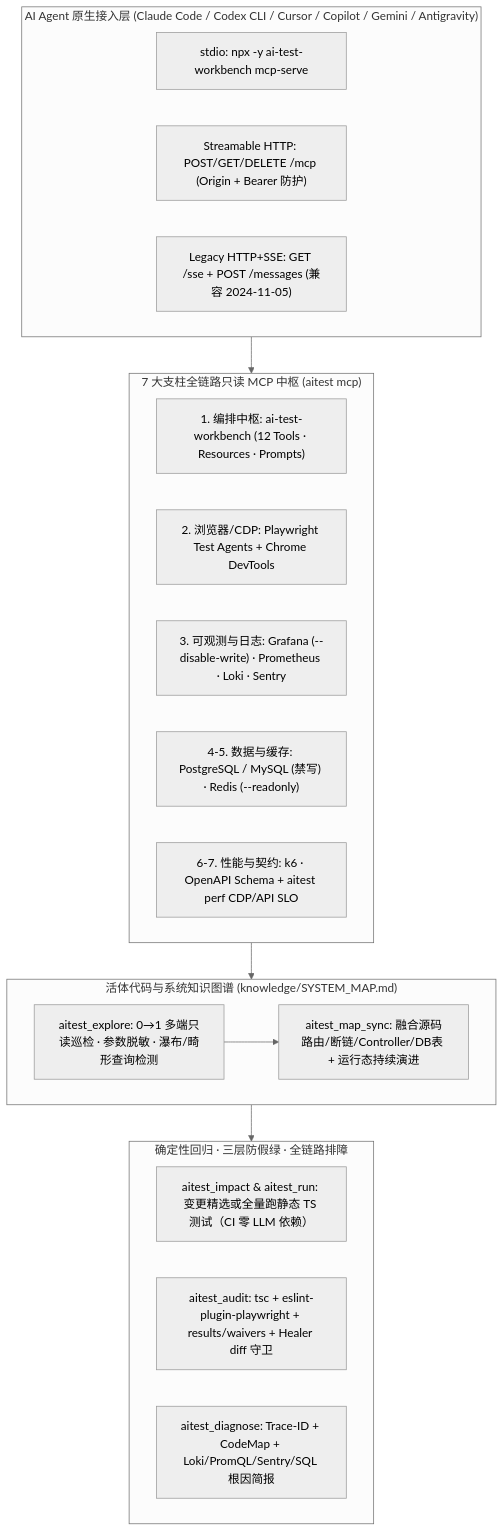
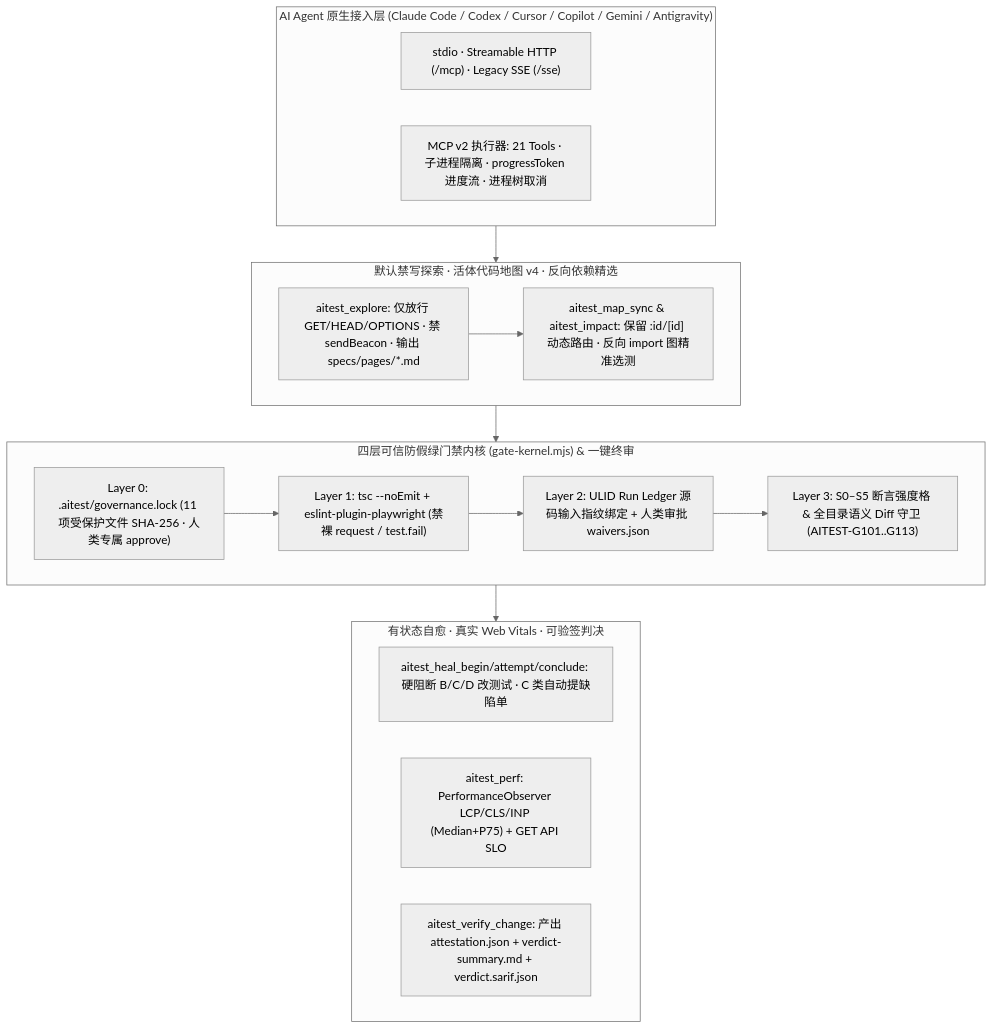
One commit to seaworld008/ai-test-workbench changed the diagram in README.md. Above: the diagram before and after it, drawn with Mermaid (neutral theme). The commit also changed other lines of this file and 90 other files, not shown here.

Commit message:
feat(v5): Trustworthy Verification Kernel, 4-Layer AST Gate, MCP v2 Jobs & Agent-Native Governance (v5.0.0)

````diff
--- a/README.md
+++ b/README.md
@@ -36,30 +44,29 @@
 ```mermaid
 flowchart TB
-    subgraph AGENT["AI Agent 原生接入层 (Claude Code / Codex CLI / Cursor / Copilot / Gemini / Antigravity)"]
-        A1["stdio: npx -y ai-test-workbench mcp-serve"]
-        A2["Streamable HTTP: POST/GET/DELETE /mcp (Origin + Bearer 防护)"]
-        A3["Legacy HTTP+SSE: GET /sse + POST /messages (兼容 2024-11-05)"]
+    subgraph AGENT["AI Agent 原生接入层 (Claude Code / Codex / Cursor / Copilot / Gemini / Antigravity)"]
+        A1["stdio · Streamable HTTP (/mcp) · Legacy SSE (/sse)"]
+        A2["MCP v2 执行器: 21 Tools · 子进程隔离 · progressToken 进度流 · 进程树取消"]
     end
 
-    subgraph HUB["7 大支柱全链路只读 MCP 中枢 (aitest mcp)"]
-        M0["1. 编排中枢: ai-test-workbench (12 Tools · Resources · Prompts)"]
-        M1["2. 浏览器/CDP: Playwright Test Agents + Chrome DevTools"]
-        M2["3. 可观测与日志: Grafana (--disable-write) · Prometheus · Loki · Sentry"]
-        M3["4-5. 数据与缓存: PostgreSQL / MySQL (禁写) · Redis (--readonly)"]
-        M4["6-7. 性能与契约: k6 · OpenAPI Schema + aitest perf CDP/API SLO"]
-    end
-
-    subgraph BRAIN["活体代码与系统知识图谱 (knowledge/SYSTEM_MAP.md)"]
-        K1["aitest_explore: 0→1 多端只读巡检 · 参数脱敏 · 瀑布/畸形查询检测"]
-        K2["aitest_map_sync: 融合源码路由/断链/Controller/DB表 + 运行态持续演进"]
+    subgraph BRAIN["默认禁写探索 · 活体代码地图 v4 · 反向依赖精选"]
+        K1["aitest_explore: 仅放行 GET/HEAD/OPTIONS · 禁 sendBeacon · 输出 specs/pages/*.md"]
+        K2["aitest_map_sync & aitest_impact: 保留 :id/[id] 动态路由 · 反向 import 图精准选测"]
         K1 --> K2
     end
 
-    subgraph GATE["确定性回归 · 三层防假绿 · 全链路排障"]
-        R1["aitest_impact & aitest_run: 变更精选或全量跑静态 TS 测试（CI 零 LLM 依赖）"]
-        R2["aitest_audit: tsc + eslint-plugin-playwright + results/waivers + Healer diff 守卫"]
-        R3["aitest_diagnose: Trace-ID + CodeMap + Loki/PromQL/Sentry/SQL 根因简报"]
+    subgraph KERNEL["四层可信防假绿门禁内核 (gate-kernel.mjs) & 一键终审"]
+        G0["Layer 0: .aitest/governance.lock (11 项受保护文件 SHA-256 · 人类专属 approve)"]
+        G1["Layer 1: tsc --noEmit + eslint-plugin-playwright (禁裸 request / test.fail)"]
+        G2["Layer 2: ULID Run Ledger 源码输入指纹绑定 + 人类审批 waivers.json"]
+        G3["Layer 3: S0–S5 断言强度格 & 全目录语义 Diff 守卫 (AITEST-G101..G113)"]
+        G0 --> G1 --> G2 --> G3
     end
 
-    AGENT --> HUB --> BRAIN --> GATE
+    subgraph VERDICT["有状态自愈 · 真实 Web Vitals · 可验签判决"]
+        V1["aitest_heal_begin/attempt/conclude: 硬阻断 B/C/D 改测试 · C 类自动提缺陷单"]
+        V2["aitest_perf: PerformanceObserver LCP/CLS/INP (Median+P75) + GET API SLO"]
+        V3["aitest_verify_change: 产出 attestation.json + verdict-summary.md + verdict.sarif.json"]
+    end
+
+    AGENT --> BRAIN --> KERNEL --> VERDICT
 ```
````
